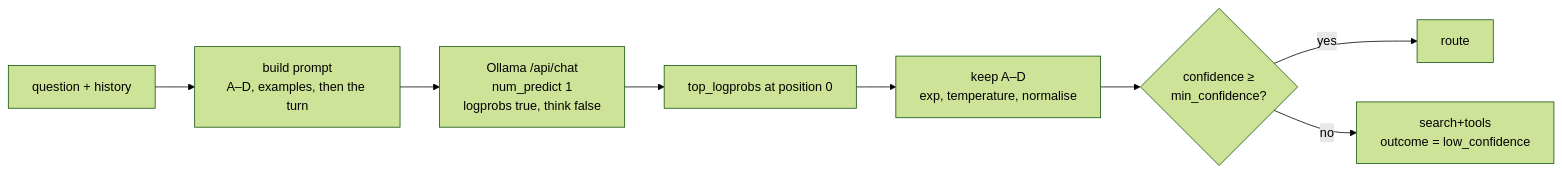
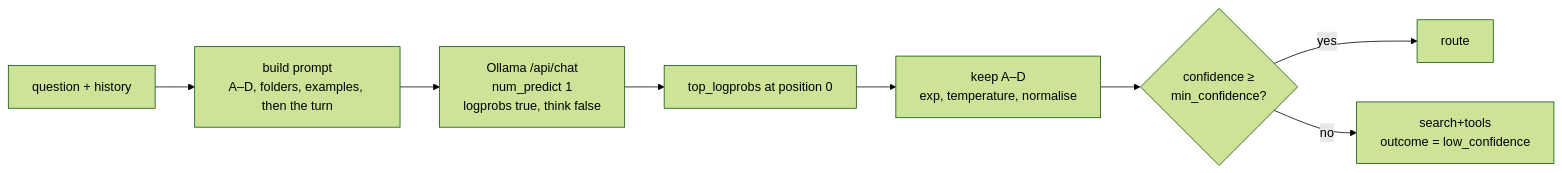
Before and after one commit to aarora79/meru: the diagram in docs/fast-router.md, drawn with Mermaid (forest theme). The commit also changed other lines of this file and 21 other files, not shown here.

````diff
--- a/docs/fast-router.md
+++ b/docs/fast-router.md
@@ -52,10 +52,10 @@
 ```mermaid
 flowchart LR
-    Q["question + history"] --> P["build prompt<br/>A–D, examples, then the turn"]
+    Q["question + history"] --> P["build prompt<br/>A–D, folders, examples, then the turn"]
     P --> O["Ollama /api/chat<br/>num_predict 1<br/>logprobs true, think false"]
     O --> T["top_logprobs at position 0"]
     T --> F["keep A–D<br/>exp, temperature, normalise"]
     F --> C{"confidence ≥<br/>min_confidence?"}
     C -- yes --> R["route"]
     C -- no --> FB["search+tools<br/>outcome = low_confidence"]
 ```
````
